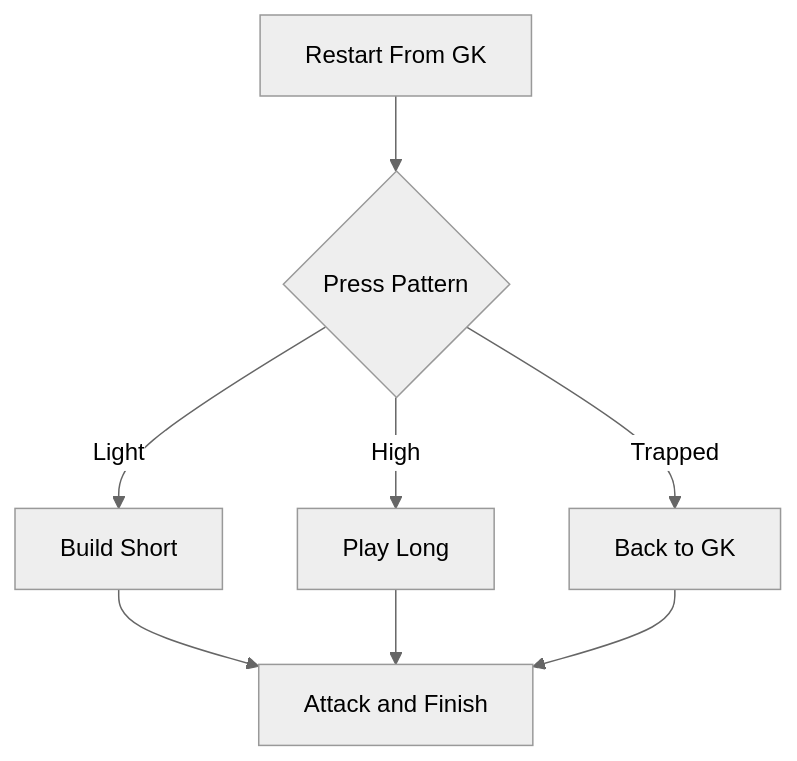
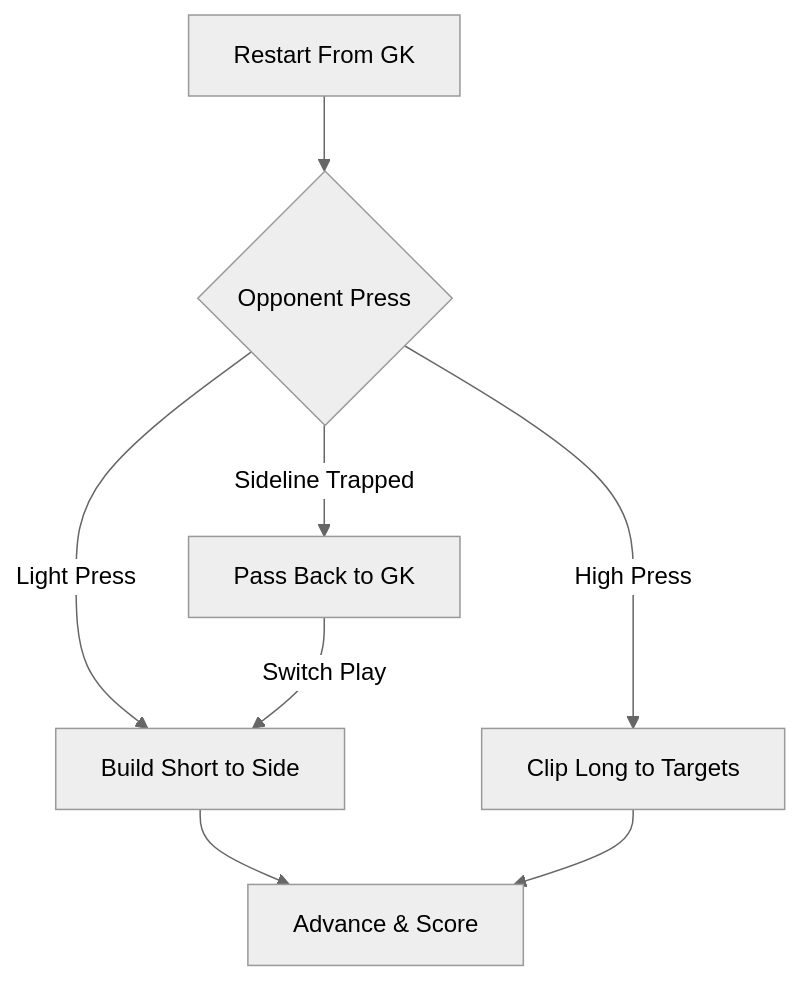
One commit to charlesjnichols/keeper-academy changed the diagram in src/content/docs/coaches-toolbox/03-build-up-restart-game.mdx. Above: the diagram before and after it, drawn with Mermaid (neutral theme). The commit also changed other lines of this file and 29 other files, not shown here.

````diff
--- a/src/content/docs/coaches-toolbox/03-build-up-restart-game.mdx
+++ b/src/content/docs/coaches-toolbox/03-build-up-restart-game.mdx
@@ -24,10 +59,10 @@
 ```mermaid
 flowchart TD
-    A[Restart From GK] --> B{Press Pattern}
-    B -->|Light| C[Build Short]
-    B -->|High| D[Play Long]
-    B -->|Trapped| E[Back to GK]
-    C --> F[Attack and Finish]
+    A[Restart From GK] --> B{Opponent Press}
+    B -->|Light Press| C[Build Short to Side]
+    B -->|High Press| D[Clip Long to Targets]
+    B -->|Sideline Trapped| E[Pass Back to GK]
+    C --> F["Advance & Score"]
     D --> F
-    E --> F
+    E -->|Switch Play| C
 ```
````
